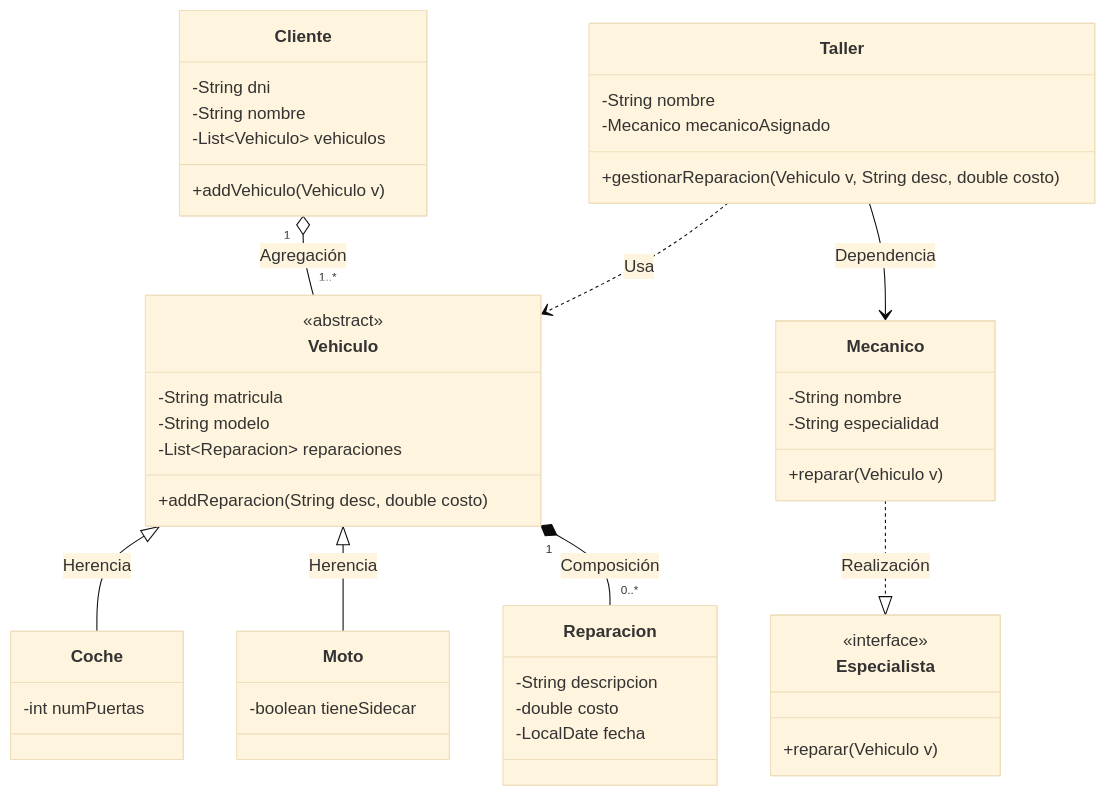
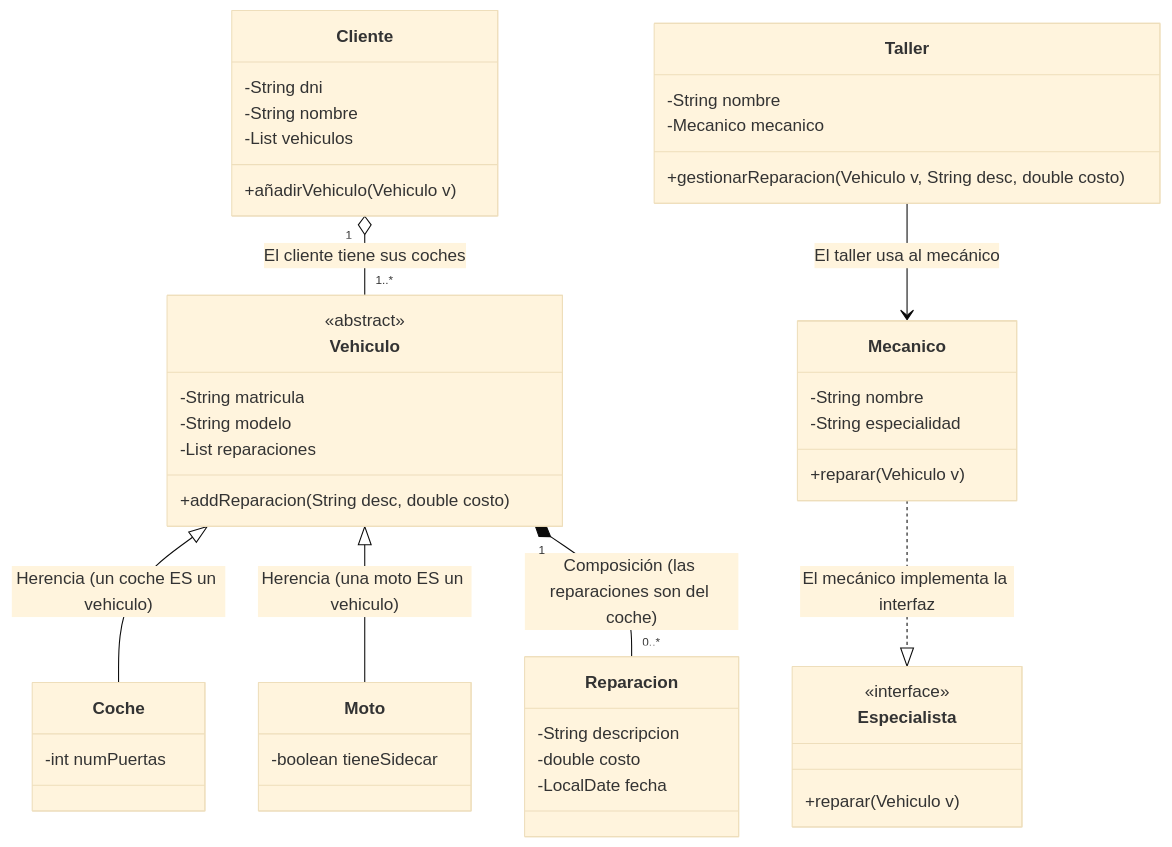
One commit to bbaakkuu-svg/6.3-Diagrama_De_Clases changed the first of 2 diagrams in DESIGN.md. Above: the diagram before and after it, drawn with Mermaid (base theme). The commit also changed other lines of this file and 11 other files, not shown here.

````diff
--- a/DESIGN.md
+++ b/DESIGN.md
@@ -13,59 +13,58 @@
 ```mermaid
 classDiagram
     direction TB
-    
+  
     class Cliente {
         -String dni
         -String nombre
-        -List~Vehiculo~ vehiculos
-        +addVehiculo(Vehiculo v)
+        -List vehiculos
+        +añadirVehiculo(Vehiculo v)
     }
 
     class Vehiculo {
         <<abstract>>
         -String matricula
         -String modelo
-        -List~Reparacion~ reparaciones
+        -List reparaciones
         +addReparacion(String desc, double costo)
     }
 
     class Coche {
         -int numPuertas
     }
 
     class Moto {
         -boolean tieneSidecar
     }
 
     class Reparacion {
         -String descripcion
         -double costo
         -LocalDate fecha
     }
 
     class Especialista {
         <<interface>>
         +reparar(Vehiculo v)
     }
 
     class Mecanico {
         -String nombre
         -String especialidad
         +reparar(Vehiculo v)
     }
 
     class Taller {
         -String nombre
-        -Mecanico mecanicoAsignado
+        -Mecanico mecanico
         +gestionarReparacion(Vehiculo v, String desc, double costo)
     }
 
-    %% Relaciones
-    Cliente "1" o-- "1..*" Vehiculo : Agregación
-    Vehiculo <|-- Coche : Herencia
-    Vehiculo <|-- Moto : Herencia
-    Vehiculo "1" *-- "0..*" Reparacion : Composición
-    Mecanico ..|> Especialista : Realización
-    Taller --> Mecanico : Dependencia
-    Taller ..> Vehiculo : Usa
+    %% Flechas explicadas
+    Cliente "1" o-- "1..*" Vehiculo : El cliente tiene sus coches
+    Vehiculo <|-- Coche : Herencia (un coche ES un vehiculo)
+    Vehiculo <|-- Moto : Herencia (una moto ES un vehiculo)
+    Vehiculo "1" *-- "0..*" Reparacion : Composición (las reparaciones son del coche)
+    Mecanico ..|> Especialista : El mecánico implementa la interfaz
+    Taller --> Mecanico : El taller usa al mecánico
 ```
````
